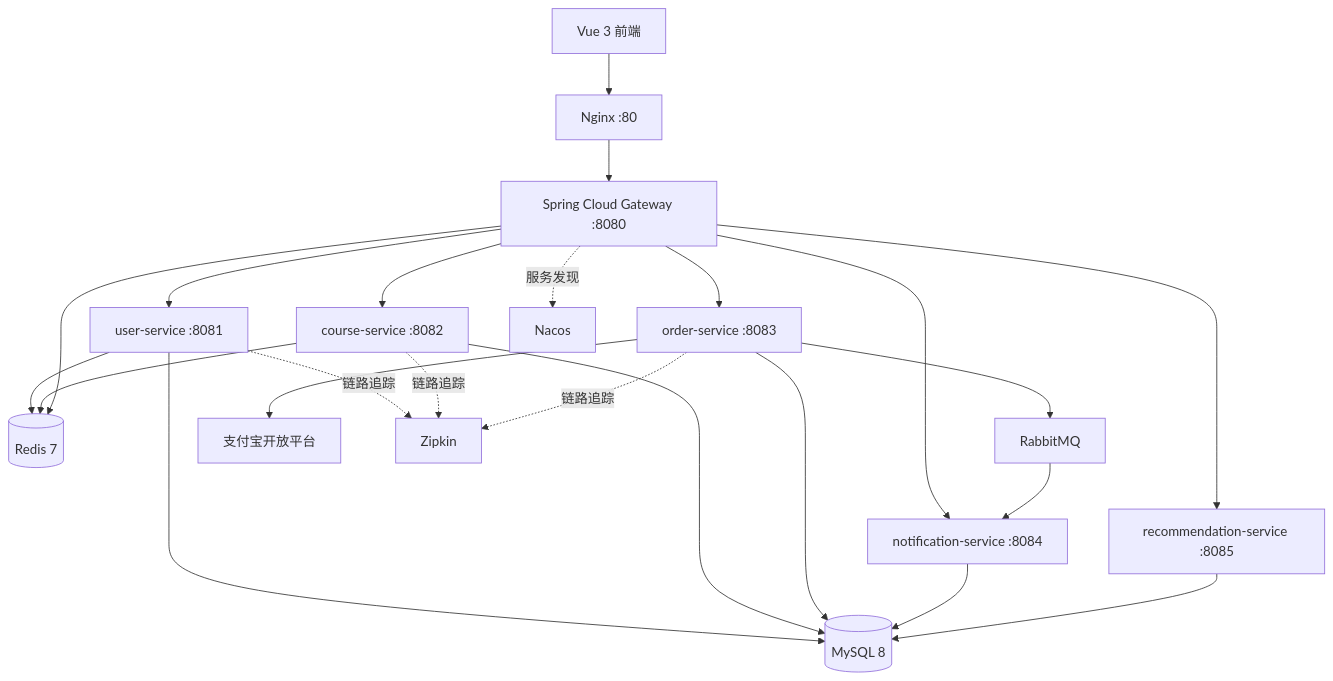
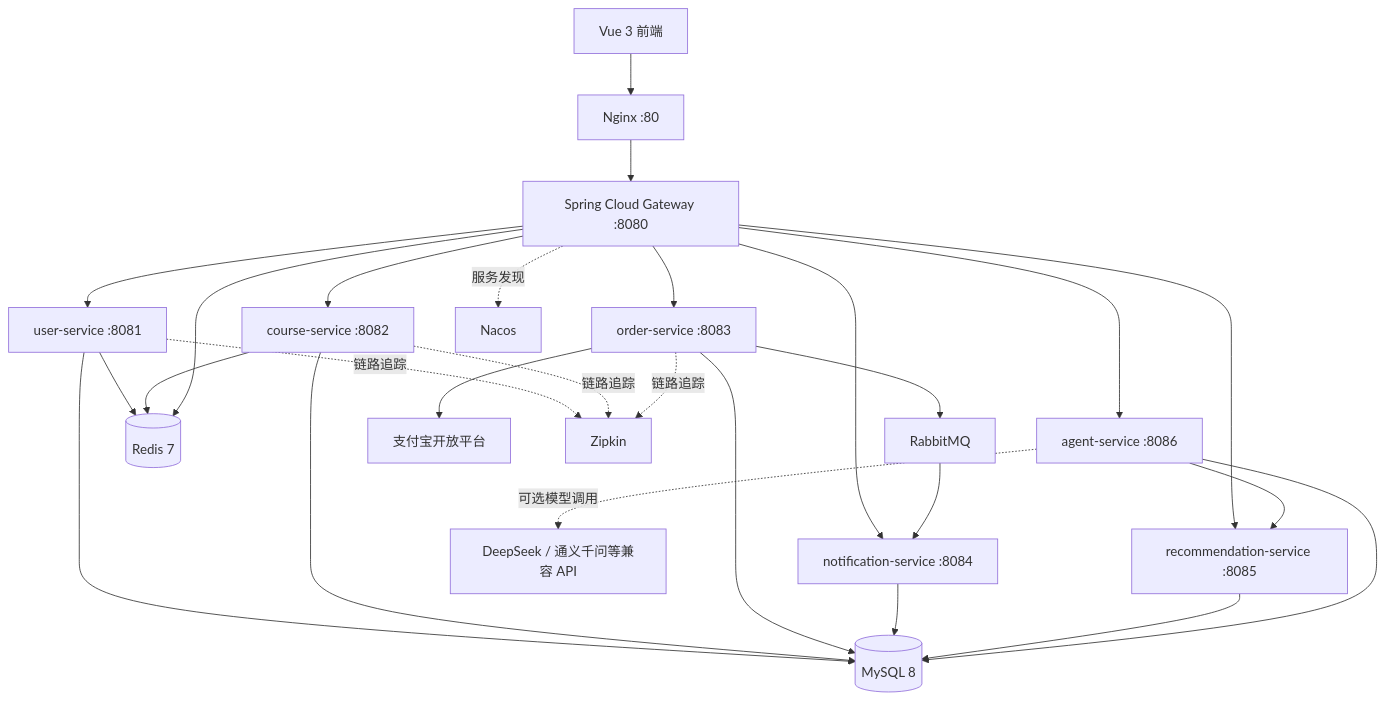
Before and after one commit to gx-bit/AI-Education-Platform: the diagram in edu-platform/README.md, drawn with Mermaid. The commit also changed other lines of this file and 26 other files, not shown here.

````diff
--- a/edu-platform/README.md
+++ b/edu-platform/README.md
@@ -123,27 +133,31 @@
 ```mermaid
 flowchart TD
     FE[Vue 3 前端] --> NG[Nginx :80]
     NG --> GW[Spring Cloud Gateway :8080]
     GW --> US[user-service :8081]
     GW --> CS[course-service :8082]
     GW --> OS[order-service :8083]
     GW --> NS[notification-service :8084]
     GW --> RS[recommendation-service :8085]
+    GW --> AS[agent-service :8086]
 
     US --> MYSQL[(MySQL 8)]
     CS --> MYSQL
     OS --> MYSQL
     NS --> MYSQL
     RS --> MYSQL
+    AS --> MYSQL
+    AS --> RS
+    AS -.可选模型调用.-> LLM[DeepSeek / 通义千问等兼容 API]
     US --> REDIS[(Redis 7)]
     CS --> REDIS
     GW --> REDIS
     OS --> MQ[RabbitMQ]
     MQ --> NS
     OS --> ALIPAY[支付宝开放平台]
 
     GW -.服务发现.-> NACOS[Nacos]
     US -.链路追踪.-> ZIPKIN[Zipkin]
     CS -.链路追踪.-> ZIPKIN
     OS -.链路追踪.-> ZIPKIN
 ```
````
